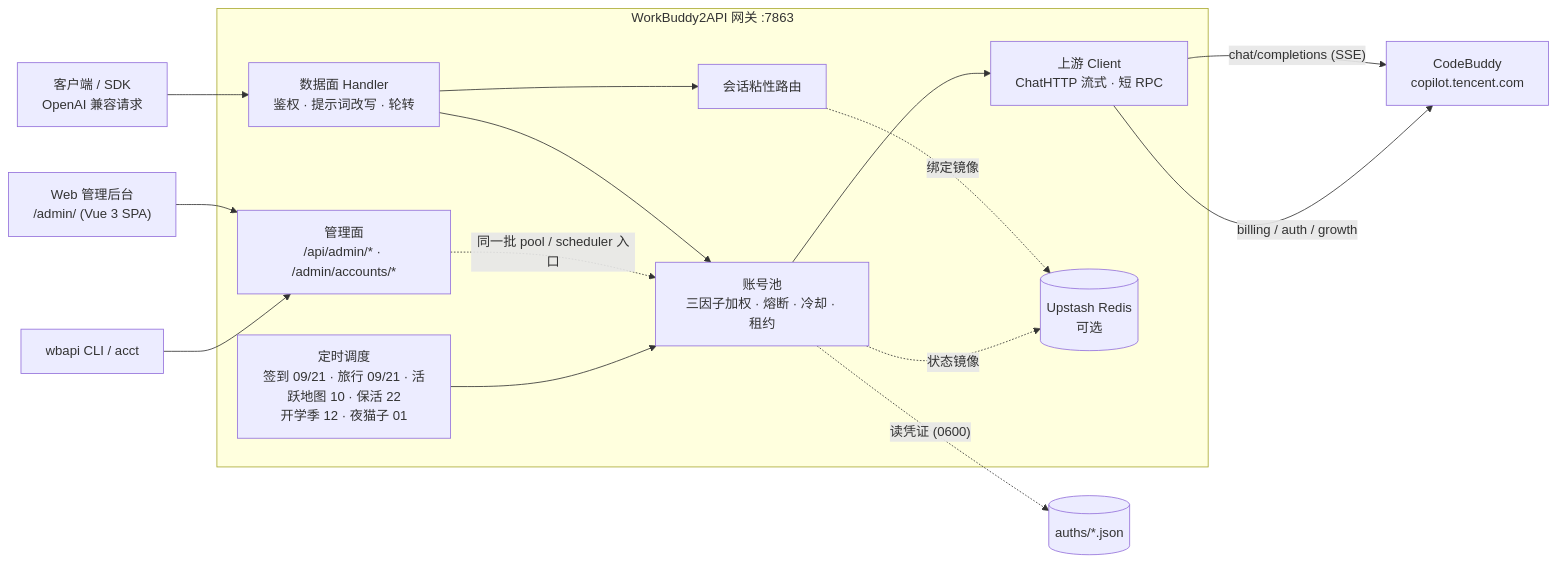
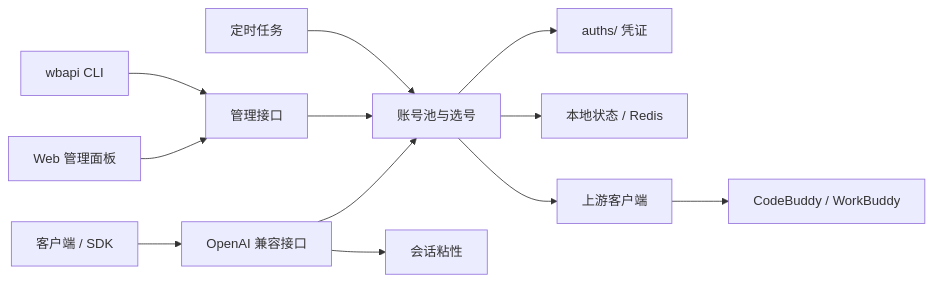
The diagram in docs/features.md (YuleBest/workbuddy2api), drawn with Mermaid before and after one commit. The commit also changed other lines of this file and 6 other files, not shown here.

````diff
--- a/docs/features.md
+++ b/docs/features.md
@@ -72,21 +104,15 @@
 ```mermaid
 flowchart LR
-    Client["客户端 / SDK\nOpenAI 兼容请求"] --> H
-    Panel["Web 管理后台\n/admin/ (Vue 3 SPA)"] --> A
-    CLI["wbapi CLI / acct"] --> A
+    Client["客户端 / SDK"] --> API["OpenAI 兼容接口"]
+    Panel["Web 管理面板"] --> Admin["管理接口"]
+    CLI["wbapi CLI"] --> Admin
 
-    subgraph GWI["WorkBuddy2API 网关 :7863"]
-        H["数据面 Handler\n鉴权 · 提示词改写 · 轮转"] --> P
-        H --> S
-        A["管理面\n/api/admin/* · /admin/accounts/*"] -.同一批 pool / scheduler 入口.-> P
-        P["账号池\n三因子加权 · 熔断 · 冷却 · 租约"] --> U
-        S["会话粘性路由"] -.绑定镜像.-> REDIS
-        T["定时调度\n签到 09/21 · 旅行 09/21 · 活跃地图 10 · 保活 22\n开学季 12 · 夜猫子 01"] --> P
-        U["上游 Client\nChatHTTP 流式 · 短 RPC"]
-    end
-
-    P -. "读凭证 (0600)" .-> AUTH[("auths/*.json")]
-    P -. "状态镜像" .-> REDIS[("Upstash Redis\n可选")]
-    U -->|"chat/completions (SSE)"| CB["CodeBuddy\ncopilot.tencent.com"]
-    U -->|"billing / auth / growth"| CB
+    API --> Pool["账号池与选号"]
+    Admin --> Pool
+    API --> Sticky["会话粘性"]
+    Scheduler["定时任务"] --> Pool
+    Pool --> Auth["auths/ 凭证"]
+    Pool --> State["本地状态 / Redis"]
+    Pool --> Upstream["上游客户端"]
+    Upstream --> CodeBuddy["CodeBuddy / WorkBuddy"]
 ```
````
